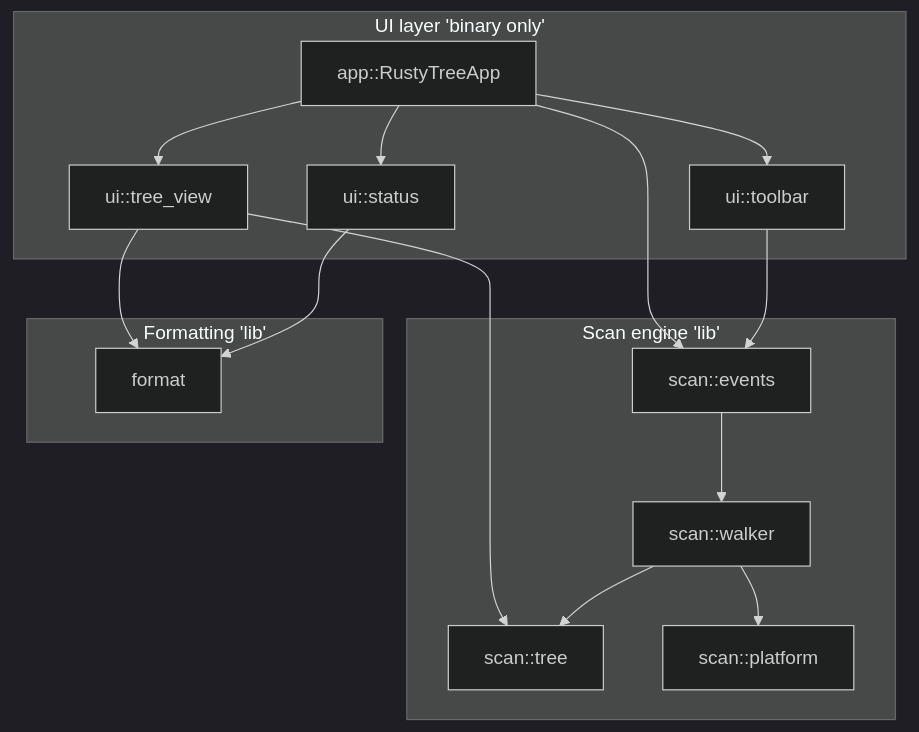
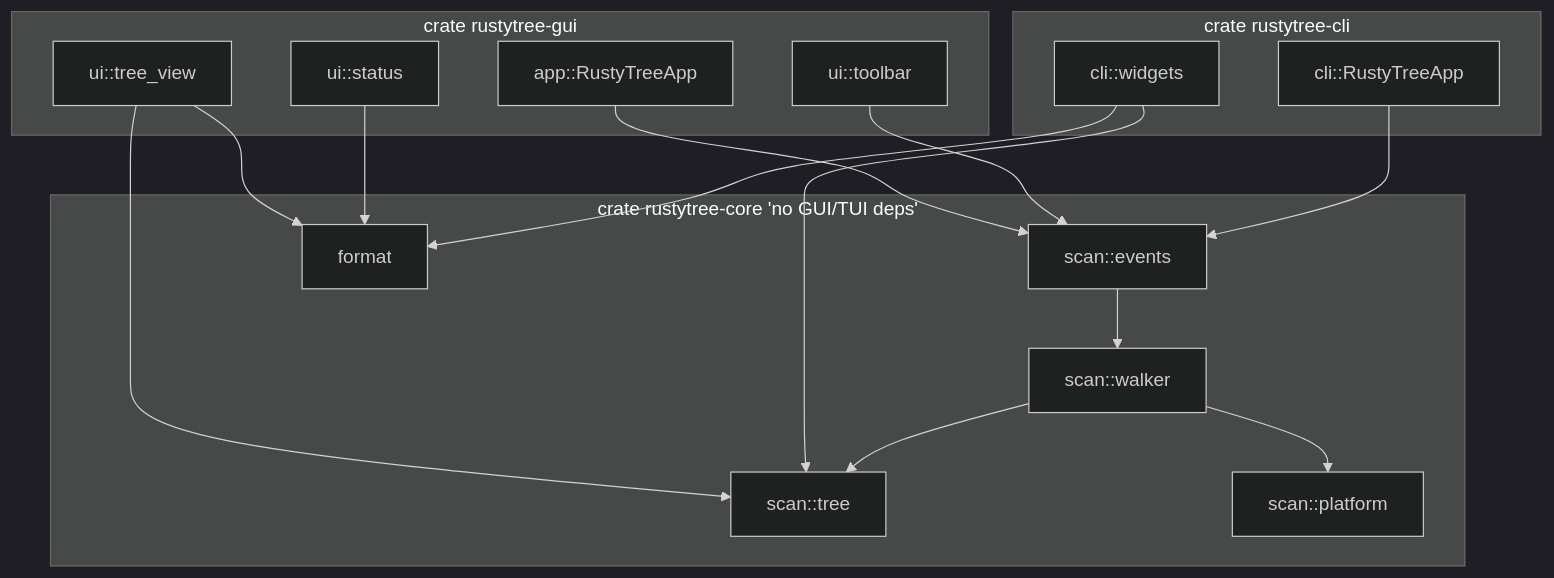
One commit to beardfaceguy/rustyTree changed the first of 5 diagrams in docs/architecture.md. Above: the diagram before and after it, drawn with Mermaid (dark theme). The commit also changed other lines of this file and 21 other files, not shown here.

````diff
--- a/docs/architecture.md
+++ b/docs/architecture.md
@@ -15,34 +17,36 @@
 ```mermaid
 flowchart TD
-    subgraph ui [UI layer 'binary only']
-        toolbar[ui::toolbar]
-        treeView[ui::tree_view]
-        statusBar[ui::status]
-        appShell[app::RustyTreeApp]
+    subgraph guiCrate [crate rustytree-gui]
+        guiApp[app::RustyTreeApp]
+        guiToolbar[ui::toolbar]
+        guiTree[ui::tree_view]
+        guiStatus[ui::status]
     end
 
-    subgraph scanLayer [Scan engine 'lib']
-        events[scan::events]
-        walker[scan::walker]
-        treeMod[scan::tree]
-        platform[scan::platform]
+    subgraph cliCrate [crate rustytree-cli]
+        cliApp[cli::RustyTreeApp]
+        cliWidgets[cli::widgets]
     end
 
-    subgraph fmt [Formatting 'lib']
-        format[format]
+    subgraph coreCrate [crate rustytree-core 'no GUI/TUI deps']
+        scanEvents[scan::events]
+        scanWalker[scan::walker]
+        scanTree[scan::tree]
+        scanPlatform[scan::platform]
+        fmt[format]
     end
 
-    appShell --> toolbar
-    appShell --> treeView
-    appShell --> statusBar
-    appShell --> events
+    guiApp --> scanEvents
+    guiTree --> scanTree
+    guiTree --> fmt
+    guiToolbar --> scanEvents
+    guiStatus --> fmt
 
-    toolbar --> events
-    treeView --> treeMod
-    treeView --> format
-    statusBar --> format
+    cliApp --> scanEvents
+    cliWidgets --> scanTree
+    cliWidgets --> fmt
 
-    events --> walker
-    walker --> platform
-    walker --> treeMod
+    scanEvents --> scanWalker
+    scanWalker --> scanPlatform
+    scanWalker --> scanTree
 ```
````
